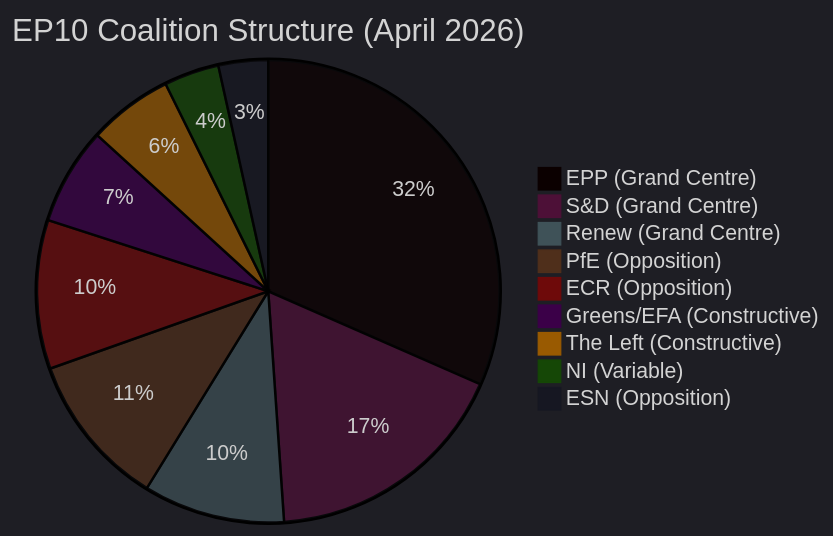
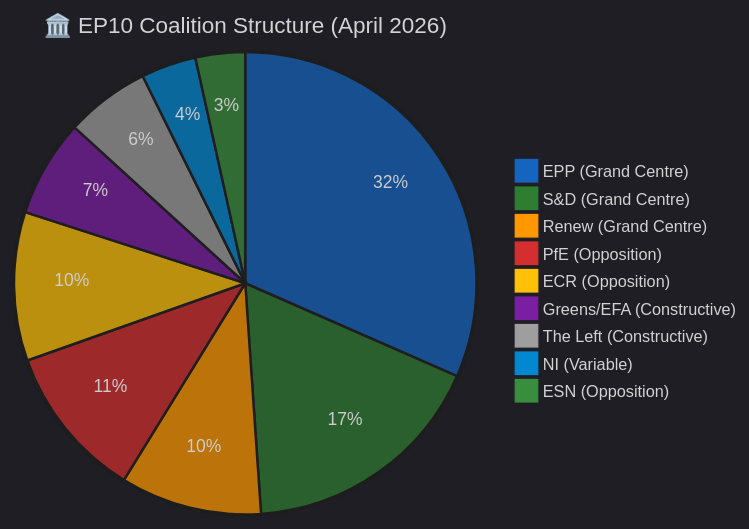
The diagram in analysis/daily/2026-04-20/breaking-run191/intelligence/coalition-dynamics.md (Hack23/euparliamentmonitor), drawn with Mermaid before and after one commit. The commit also changed other lines of this file and 19 other files, not shown here.

````diff
--- a/analysis/daily/2026-04-20/breaking-run191/intelligence/coalition-dynamics.md
+++ b/analysis/daily/2026-04-20/breaking-run191/intelligence/coalition-dynamics.md
@@ -35,13 +35,13 @@
 ```mermaid
-%%{init: {"theme": "dark", "themeVariables": {"primaryColor": "#003399", "secondaryColor": "#cc0000", "tertiaryColor": "#FFD700"}}}%%
-pie title EP10 Coalition Structure (April 2026)
+%%{init: {"theme":"dark","themeVariables":{"primaryColor":"#1565C0","primaryTextColor":"#ffffff","primaryBorderColor":"#0A3F7F","lineColor":"#90CAF9","secondaryColor":"#2E7D32","tertiaryColor":"#FF9800","fontFamily":"Inter, Helvetica, Arial, sans-serif","pie1":"#1565C0","pie2":"#2E7D32","pie3":"#FF9800","pie4":"#D32F2F","pie5":"#FFC107","pie6":"#7B1FA2","pie7":"#9E9E9E","pie8":"#0288D1","pie9":"#388E3C","pieTitleTextSize":"18px","pieSectionTextSize":"14px","pieLegendTextSize":"13px","pieStrokeColor":"#1e1e1e","pieOuterStrokeColor":"#1e1e1e"}}}%%
+pie title 🏛️ EP10 Coalition Structure (April 2026)
     "EPP (Grand Centre)" : 246
     "S&D (Grand Centre)" : 135
     "Renew (Grand Centre)" : 77
     "PfE (Opposition)" : 84
     "ECR (Opposition)" : 81
     "Greens/EFA (Constructive)" : 53
     "The Left (Constructive)" : 46
     "NI (Variable)" : 30
     "ESN (Opposition)" : 27
 ```
````
